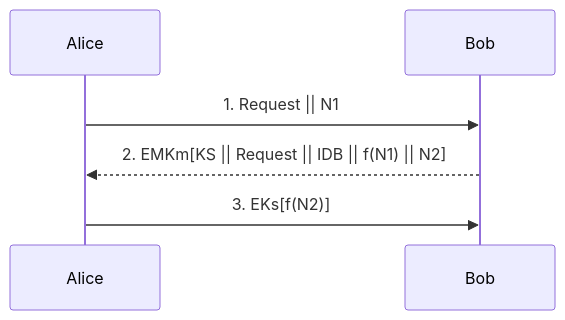
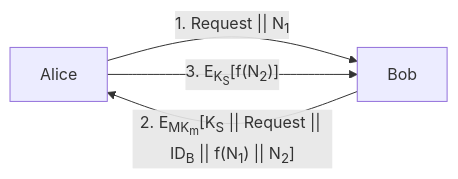
The first of 3 diagrams in docs/密码学/s05_密钥管理.md (widcardw/my-notes), drawn with Mermaid before and after one commit. The commit also changed other lines of this file and 11 other files, not shown here.

````diff
--- a/docs/密码学/s05_密钥管理.md
+++ b/docs/密码学/s05_密钥管理.md
@@ -37,7 +37,6 @@
 ```mermaid
-sequenceDiagram
-Alice ->> Bob: 1. Request || N1
-Bob -->> Alice: 2. EMKm[KS || Request || IDB || f(N1) || N2]
-Alice ->> Bob: 3. EKs[f(N2)]
-
+graph LR
+Alice -- "1. Request || N<sub>1</sub>" --> Bob
+Bob -- "2. E<sub>MK<sub>m</sub></sub>[K<sub>S</sub> || Request || ID<sub>B</sub> || f(N<sub>1</sub>) || N<sub>2</sub>]" --> Alice
+Alice -- "3. E<sub>K<sub>S</sub></sub>[f(N<sub>2</sub>)]"  --> Bob
 ```
````
